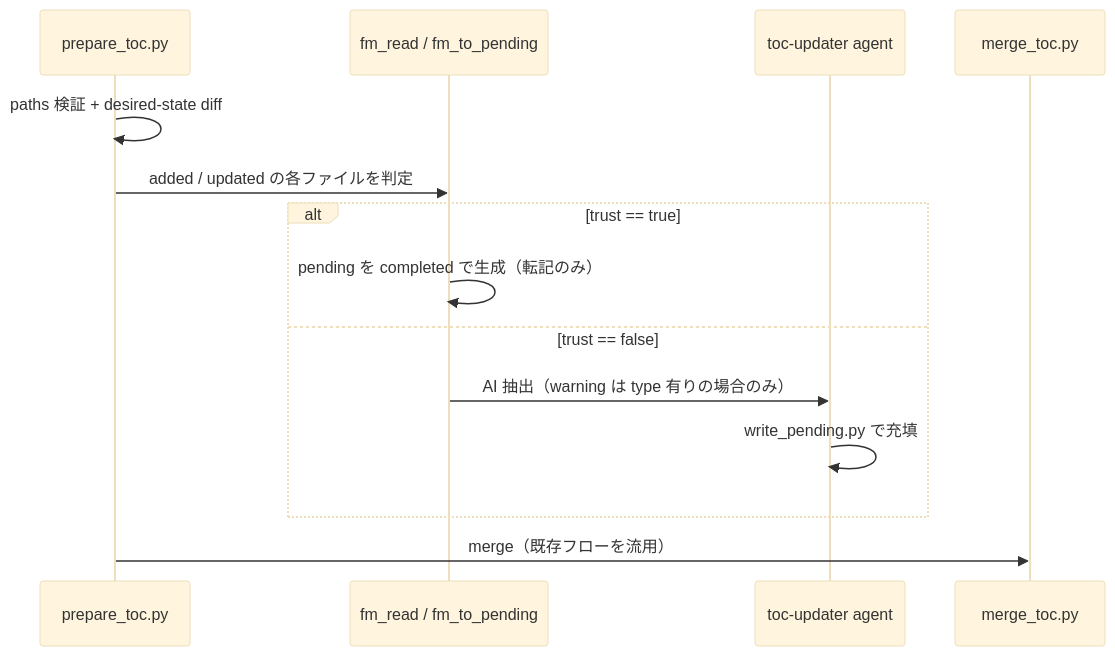
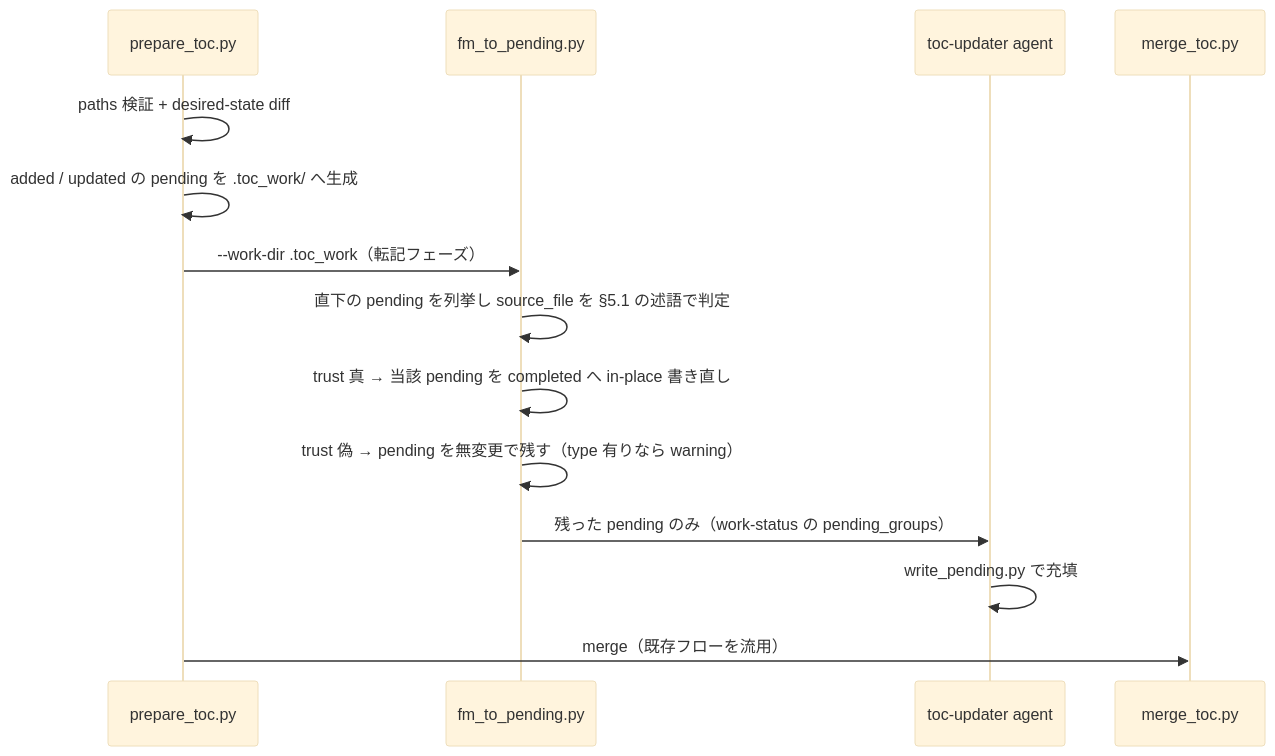
Before and after one commit to BlueEventHorizon/DocAdvisor-CC: the second of 2 diagrams in docs/specs/frontmatter/design/DES-008_frontmatter_metadata.md, drawn with Mermaid (base theme). The commit also changed other lines of this file and 3 other files, not shown here.

````diff
--- a/docs/specs/frontmatter/design/DES-008_frontmatter_metadata.md
+++ b/docs/specs/frontmatter/design/DES-008_frontmatter_metadata.md
@@ -374,17 +374,17 @@
 ```mermaid
 sequenceDiagram
     participant Prep as prepare_toc.py
-    participant FM as fm_read / fm_to_pending
+    participant FM as fm_to_pending.py
     participant Agent as toc-updater agent
     participant Merge as merge_toc.py
 
     Prep->>Prep: paths 検証 + desired-state diff
-    Prep->>FM: added / updated の各ファイルを判定
-    alt trust == true
-        FM->>FM: pending を completed で生成（転記のみ）
-    else trust == false
-        FM->>Agent: AI 抽出（warning は type 有りの場合のみ）
-        Agent->>Agent: write_pending.py で充填
-    end
+    Prep->>Prep: added / updated の pending を .toc_work/ へ生成
+    Prep->>FM: --work-dir .toc_work（転記フェーズ）
+    FM->>FM: 直下の pending を列挙し source_file を §5.1 の述語で判定
+    FM->>FM: trust 真 → 当該 pending を completed へ in-place 書き直し
+    FM->>FM: trust 偽 → pending を無変更で残す（type 有りなら warning）
+    FM->>Agent: 残った pending のみ（work-status の pending_groups）
+    Agent->>Agent: write_pending.py で充填
     Prep->>Merge: merge（既存フローを流用）
 ```
````
